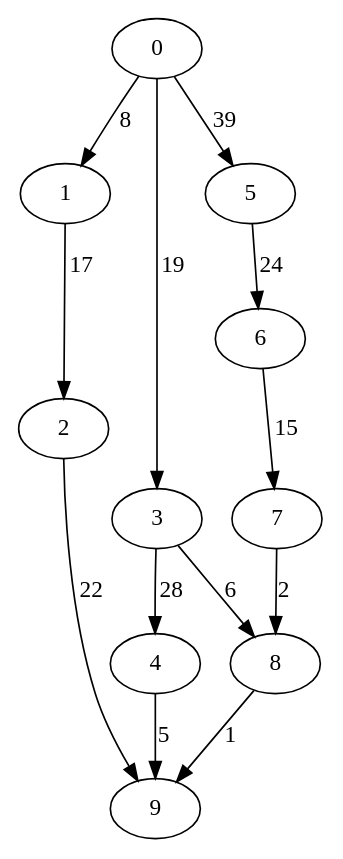
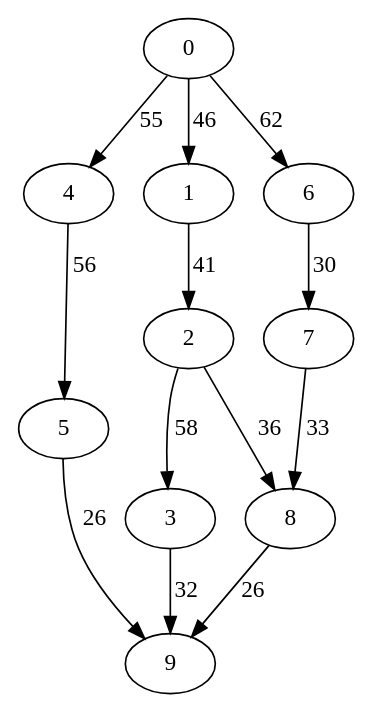
The diagram in dotfiles/data0.dot (asaloniti/DagScheduling), drawn with Graphviz before and after one commit. The commit also changed 27 other files, not shown here.

```diff
--- a/dotfiles/data0.dot
+++ b/dotfiles/data0.dot
@@ -1,14 +1,14 @@
 digraph data0 {
-0 -> 1 [ label = 8 ];
-0 -> 3 [ label = 19 ];
-0 -> 5 [ label = 39 ];
-1 -> 2 [ label = 17 ];
-2 -> 9 [ label = 22 ];
-3 -> 4 [ label = 28 ];
-3 -> 8 [ label = 6 ];
-4 -> 9 [ label = 5 ];
-5 -> 6 [ label = 24 ];
-6 -> 7 [ label = 15 ];
-7 -> 8 [ label = 2 ];
-8 -> 9 [ label = 1 ];
+0 -> 1 [ label = 46 ];
+0 -> 4 [ label = 55 ];
+0 -> 6 [ label = 62 ];
+1 -> 2 [ label = 41 ];
+2 -> 3 [ label = 58 ];
+2 -> 8 [ label = 36 ];
+3 -> 9 [ label = 32 ];
+4 -> 5 [ label = 56 ];
+5 -> 9 [ label = 26 ];
+6 -> 7 [ label = 30 ];
+7 -> 8 [ label = 33 ];
+8 -> 9 [ label = 26 ];
  }
```
